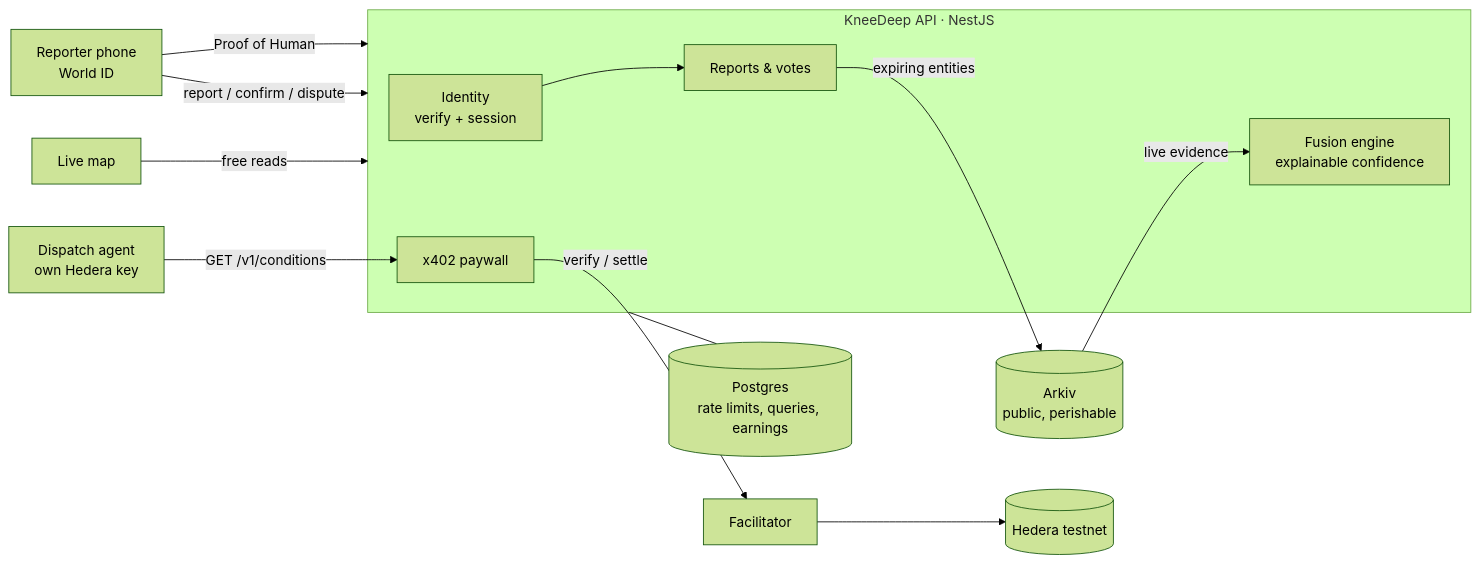
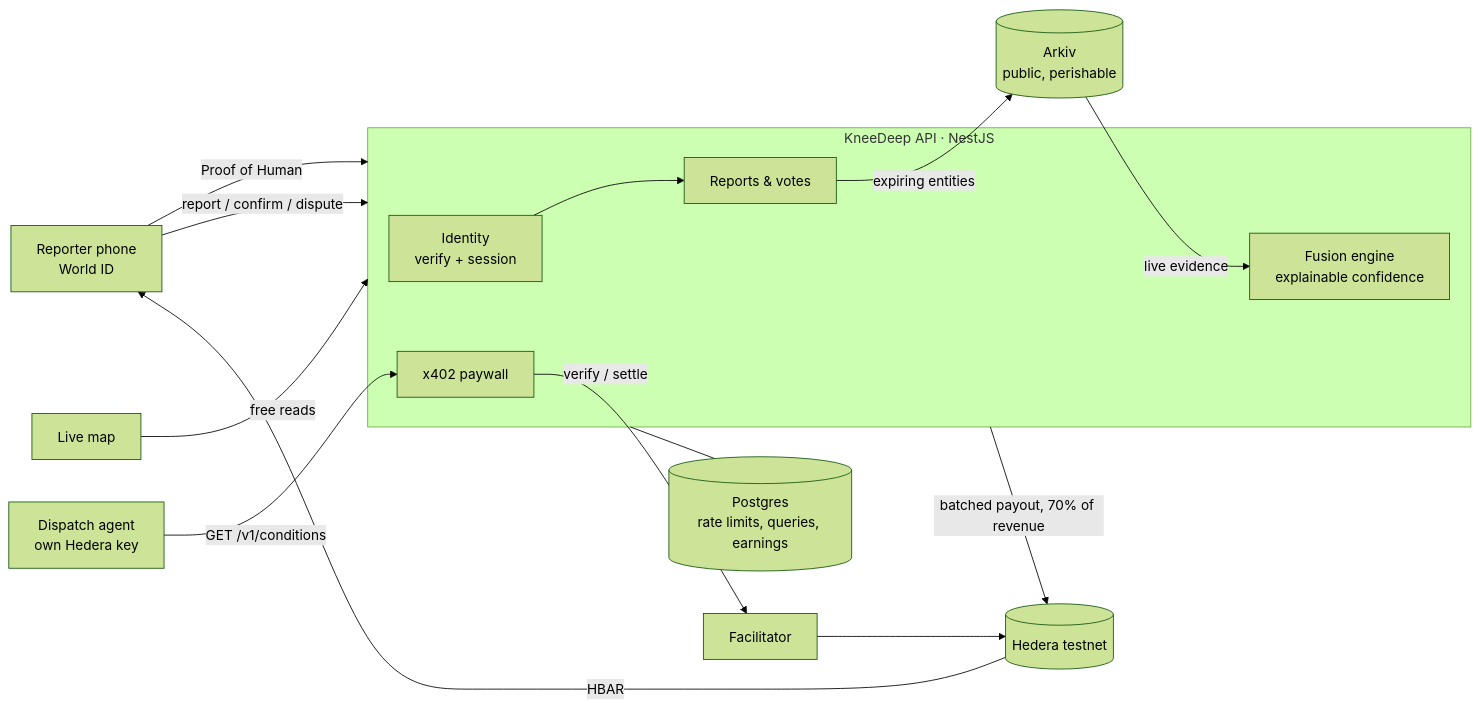
The diagram in README.md (Tapaswini98/KneeDeep), drawn with Mermaid (forest theme) before and after one commit. The commit also changed other lines of this file and 34 other files, not shown here.

````diff
--- a/README.md
+++ b/README.md
@@ -19,16 +19,18 @@
 ```mermaid
 flowchart LR
   R[Reporter phone<br/>World ID] -- Proof of Human --> API
   R -- report / confirm / dispute --> API
   subgraph API[KneeDeep API · NestJS]
     ID[Identity<br/>verify + session] --> W[Reports & votes]
     F[Fusion engine<br/>explainable confidence]
     P[x402 paywall]
   end
   W -- expiring entities --> ARK[(Arkiv<br/>public, perishable)]
   ARK -- live evidence --> F
   A[Dispatch agent<br/>own Hedera key] -- GET /v1/conditions --> P
   P -- verify / settle --> FAC[Facilitator] --> H[(Hedera testnet)]
+  API -- batched payout, 70% of revenue --> H
+  H -- HBAR --> R
   API --- PG[(Postgres<br/>rate limits, queries, earnings)]
   M[Live map] -- free reads --> API
 ```
````
